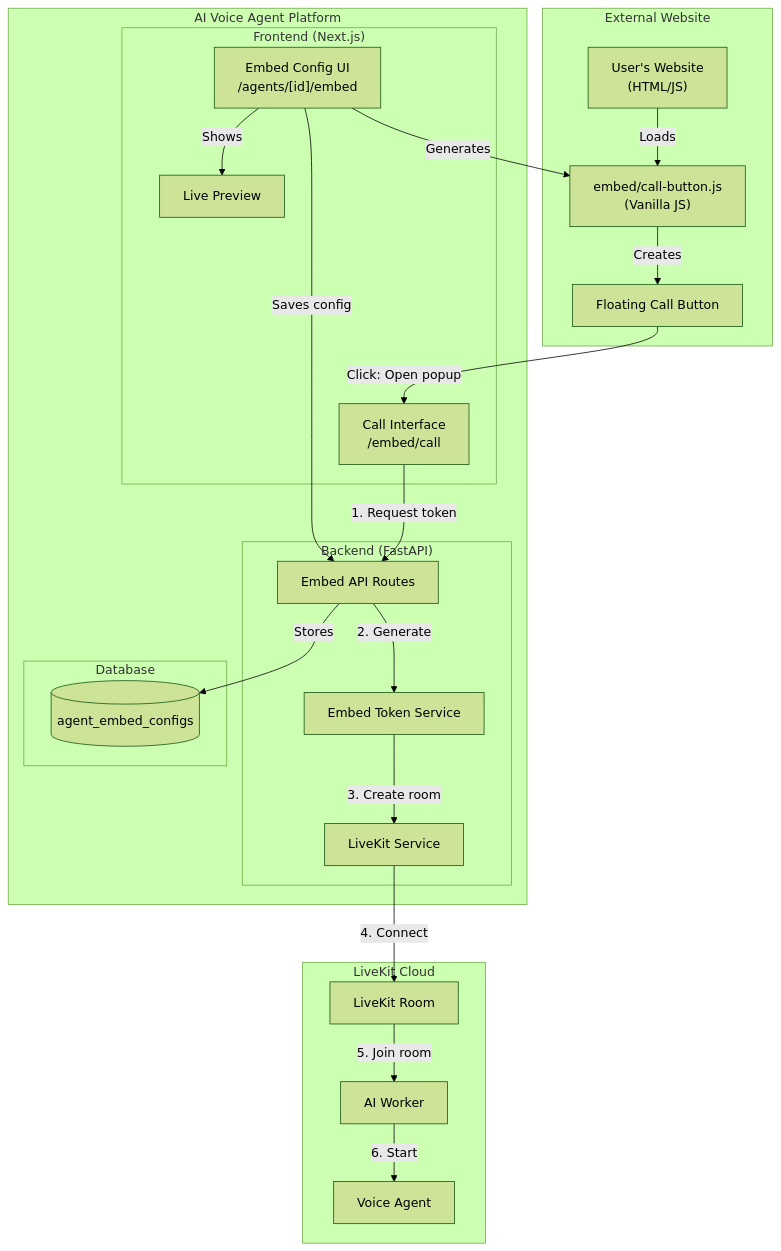
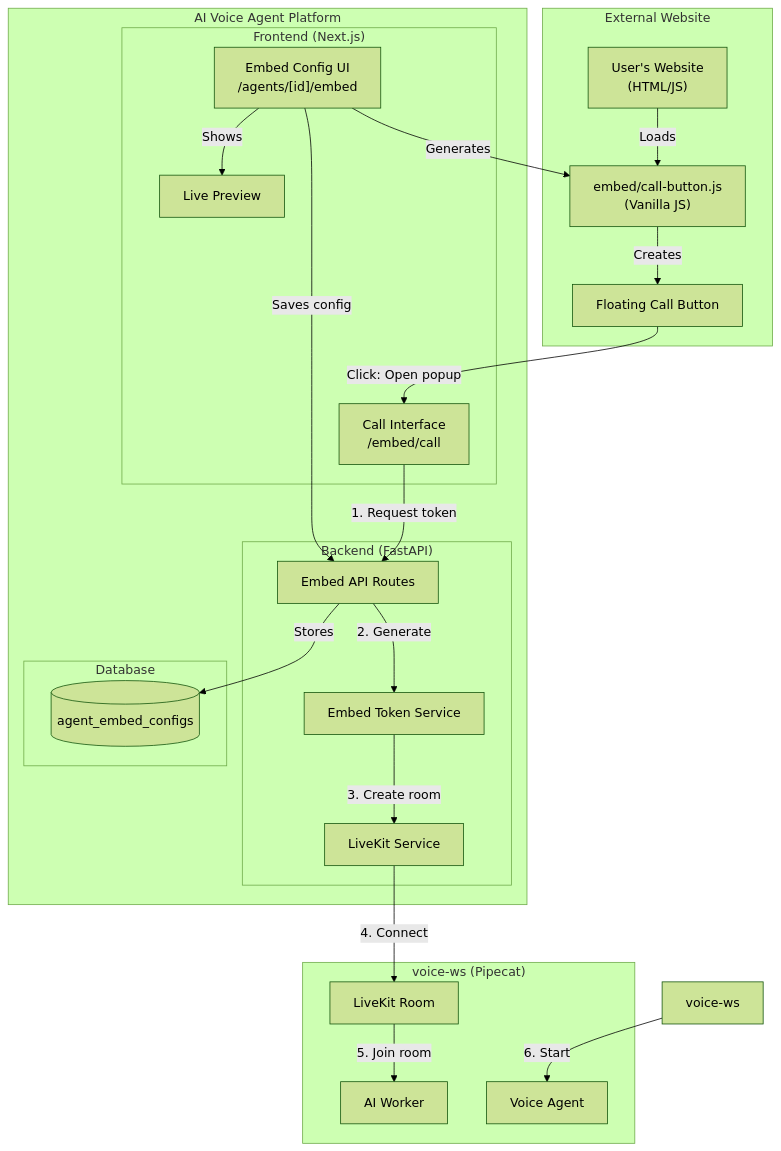
The first of 3 diagrams in docs/03_implementation/EMBED_CALL_BUTTON_PLAN.md (gauravdhiman/a1-voice-agent-platform), drawn with Mermaid (forest theme) before and after one commit. The commit also changed other lines of this file and 163 other files, not shown here.

Commit message:
feat(voice): remove LiveKit worker; Pipecat voice-ws is the only voice runtime

````diff
--- a/docs/03_implementation/EMBED_CALL_BUTTON_PLAN.md
+++ b/docs/03_implementation/EMBED_CALL_BUTTON_PLAN.md
@@ -234,51 +239,51 @@
 ```mermaid
 flowchart TB
     subgraph External["External Website"]
         Website["User's Website<br/>(HTML/JS)"]
         EmbedScript["embed/call-button.js<br/>(Vanilla JS)"]
         CallButton["Floating Call Button"]
     end
 
     subgraph Platform["AI Voice Agent Platform"]
         subgraph Frontend["Frontend (Next.js)"]
             ConfigUI["Embed Config UI<br/>/agents/[id]/embed"]
             CallPage["Call Interface<br/>/embed/call"]
             Preview["Live Preview"]
         end
 
         subgraph Backend["Backend (FastAPI)"]
             EmbedAPI["Embed API Routes"]
             TokenService["Embed Token Service"]
             LiveKitSvc["LiveKit Service"]
         end
 
         subgraph Database["Database"]
             EmbedTable[("agent_embed_configs")]
         end
     end
 
-    subgraph LiveKit["LiveKit Cloud"]
+    subgraph LiveKit["voice-ws (Pipecat)"]
         Room["LiveKit Room"]
         Worker["AI Worker"]
         Agent["Voice Agent"]
     end
 
     %% External Website Flow
     Website -->|"Loads"| EmbedScript
     EmbedScript -->|"Creates"| CallButton
     CallButton -->|"Click: Open popup"| CallPage
     
     %% Configuration Flow
     ConfigUI -->|"Generates"| EmbedScript
     ConfigUI -->|"Saves config"| EmbedAPI
     ConfigUI -->|"Shows"| Preview
     EmbedAPI -->|"Stores"| EmbedTable
     
     %% Call Flow
     CallPage -->|"1. Request token"| EmbedAPI
     EmbedAPI -->|"2. Generate"| TokenService
     TokenService -->|"3. Create room"| LiveKitSvc
     LiveKitSvc -->|"4. Connect"| Room
     Room -->|"5. Join room"| Worker
-    Worker -->|"6. Start"| Agent
+    voice-ws -->|"6. Start"| Agent
 ```
````
